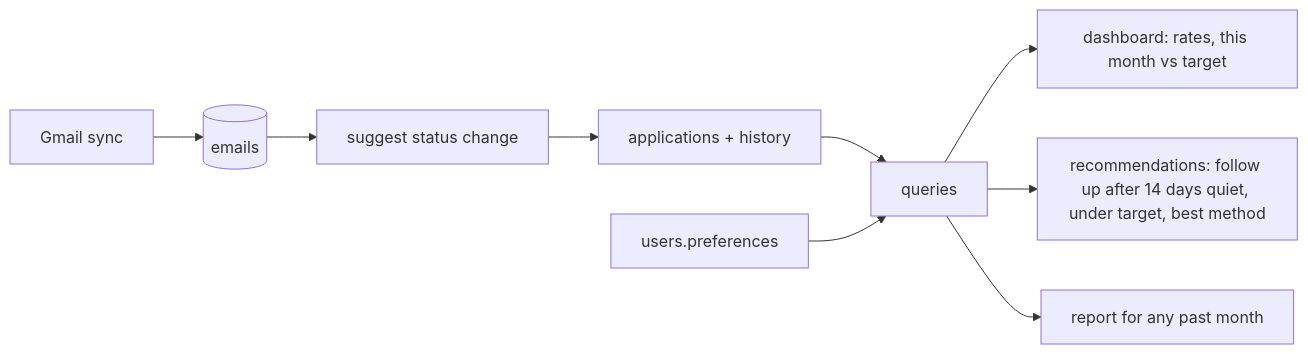
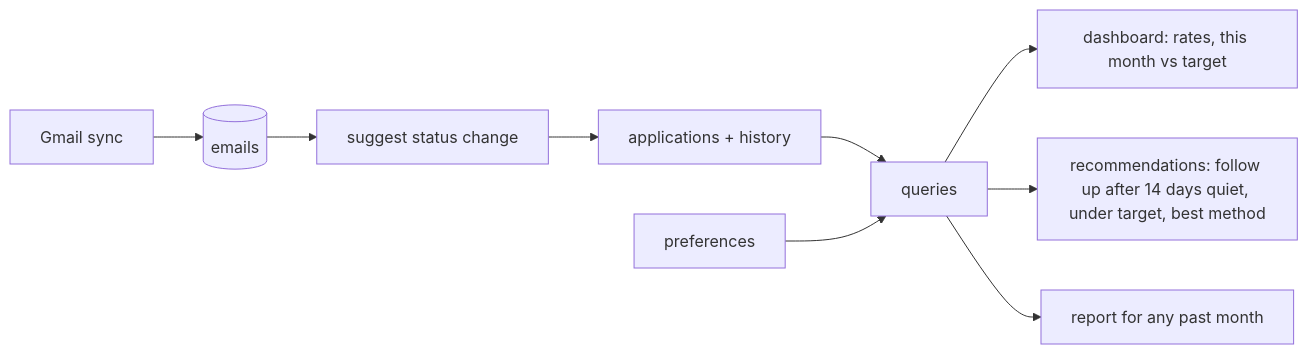
One commit to saranatour1/job-tracking-helper changed the sixth of 7 diagrams in docs/database-design.md. Above: the diagram before and after it, drawn with Mermaid. The commit also changed other lines of this file and 39 other files, not shown here.

First line of the commit message:
feat(preferences): ask new users what they want, in their own words (#26)

````diff
--- a/docs/database-design.md
+++ b/docs/database-design.md
@@ -300,9 +324,9 @@
 ```mermaid
 flowchart LR
     A[applications + history] --> Q[queries]
-    P[users.preferences] --> Q
+    P[preferences] --> Q
     Q --> D[dashboard: rates, this month vs target]
     Q --> R[recommendations: follow up after 14 days quiet, under target, best method]
     Q --> RP[report for any past month]
     G[Gmail sync] --> M[(emails)] --> X[suggest status change] --> A
 ```
````
